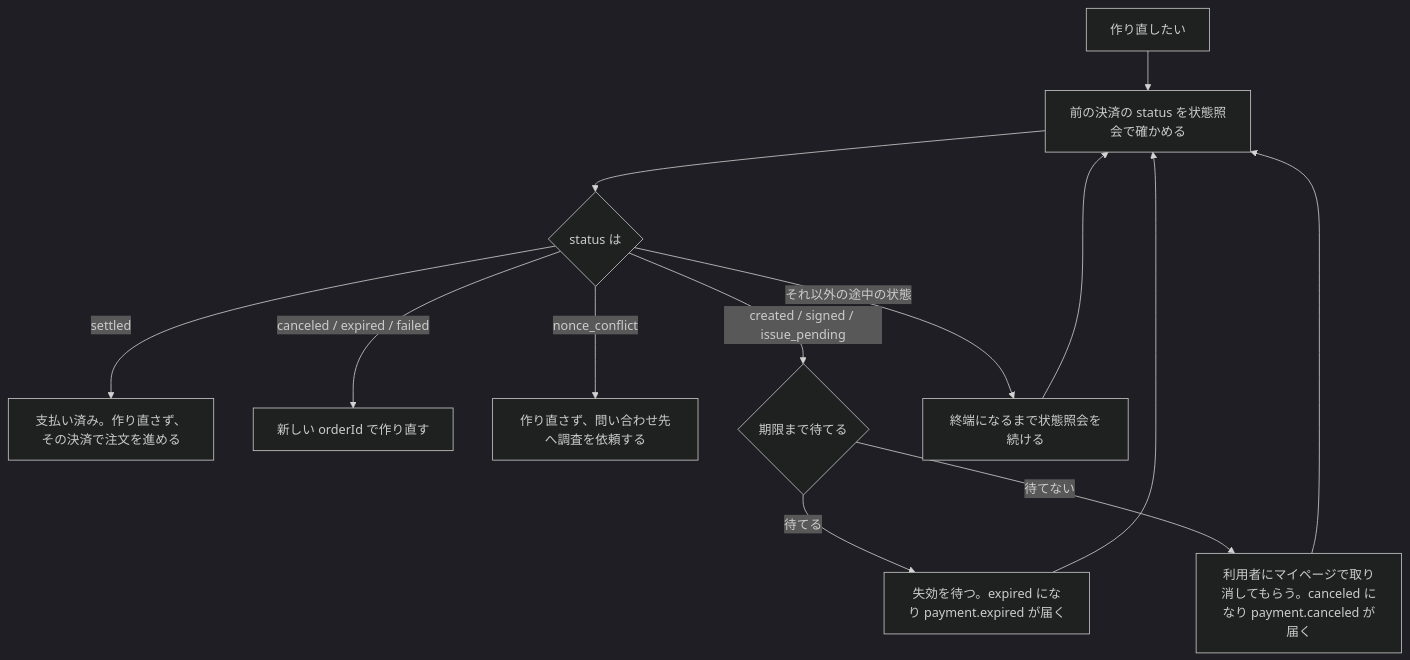
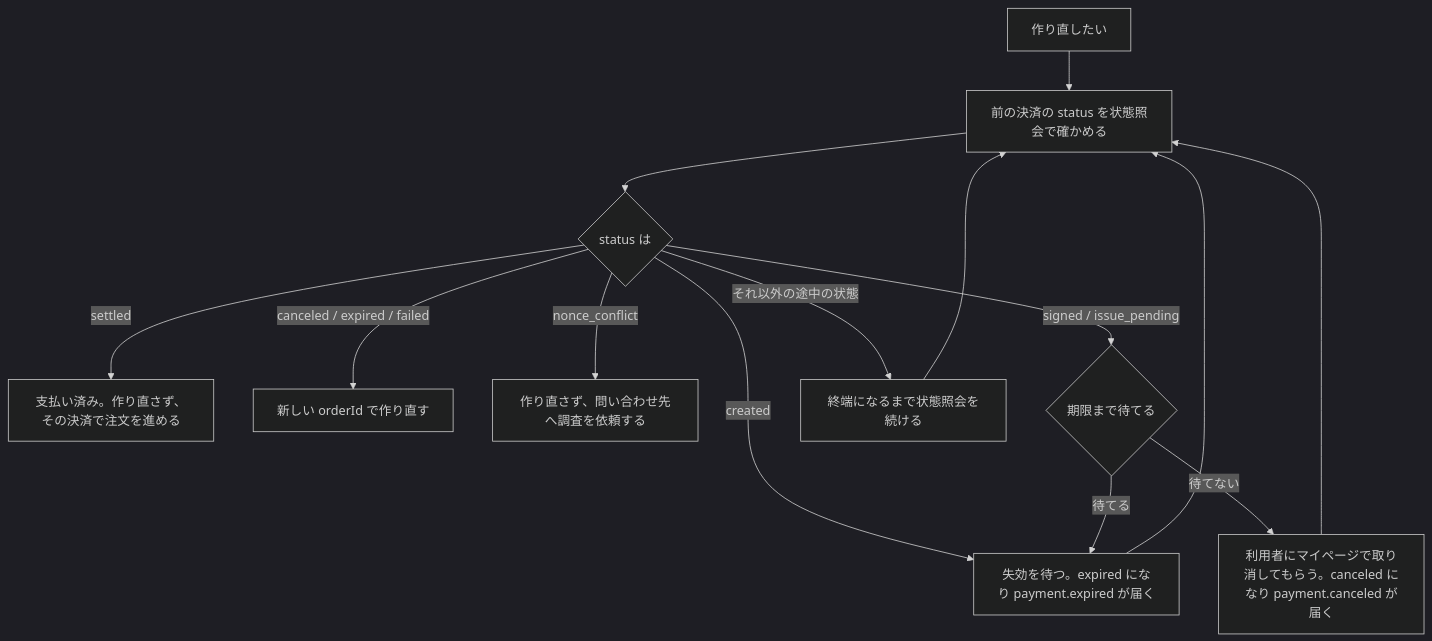
Before and after one commit to ango-ya/stbl-pay-site: the diagram in docs-site/docs/client/integrate-existing-ec.md, drawn with Mermaid (dark theme). The commit also changed other lines of this file and 1 other file, not shown here.

Commit message:
fix(docs): 作り直しの図で created を期限待ちだけにし、マイページでの取消を signed・issue_pending に限る

````diff
--- a/docs-site/docs/client/integrate-existing-ec.md
+++ b/docs-site/docs/client/integrate-existing-ec.md
@@ -36,15 +36,16 @@
 ```mermaid
 flowchart TD
   A[作り直したい] --> B[前の決済の status を状態照会で確かめる]
   B --> C{status は}
   C -- settled --> D[支払い済み。作り直さず、その決済で注文を進める]
   C -- canceled / expired / failed --> E[新しい orderId で作り直す]
   C -- nonce_conflict --> F[作り直さず、問い合わせ先へ調査を依頼する]
-  C -- created / signed / issue_pending --> G{期限まで待てる}
+  C -- created --> H
+  C -- signed / issue_pending --> G{期限まで待てる}
   C -- それ以外の途中の状態 --> J[終端になるまで状態照会を続ける]
   J --> B
   G -- 待てる --> H[失効を待つ。expired になり payment.expired が届く]
   G -- 待てない --> I[利用者にマイページで取り消してもらう。canceled になり payment.canceled が届く]
   H --> B
   I --> B
 ```
````
